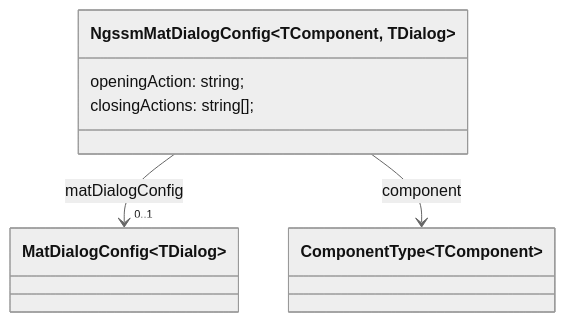
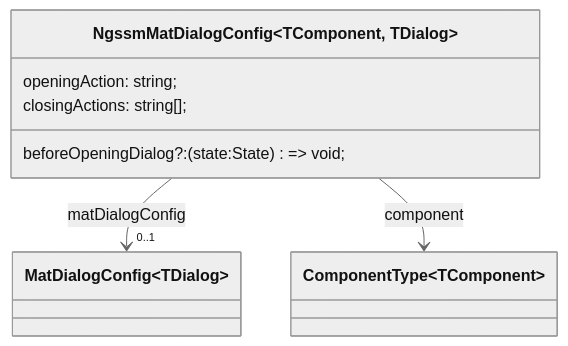
One commit to LionMarc/ng-simple-state-management changed the diagram in docs/libraries/ngssm-toolkit.md. Above: the diagram before and after it, drawn with Mermaid (neutral theme). The commit also changed 3 other files, not shown here.

Commit message:
|toolkit] Allow setting a function to be called before opening the dialog (#217)

````diff
--- a/docs/libraries/ngssm-toolkit.md
+++ b/docs/libraries/ngssm-toolkit.md
@@ -13,21 +13,22 @@
 ```mermaid
 classDiagram
 
     class NgssmMatDialogConfig~TComponent, TDialog~{
         openingAction: string;
         closingActions: string[];
+        beforeOpeningDialog?: (state:State) => void;
     }
 
     class MatDialogConfig~TDialog~{
 
     }
 
     NgssmMatDialogConfig -->"0..1" MatDialogConfig: matDialogConfig
 
     class ComponentType~TComponent~{
 
     }
 
     NgssmMatDialogConfig --> ComponentType: component
 
 ```
````
